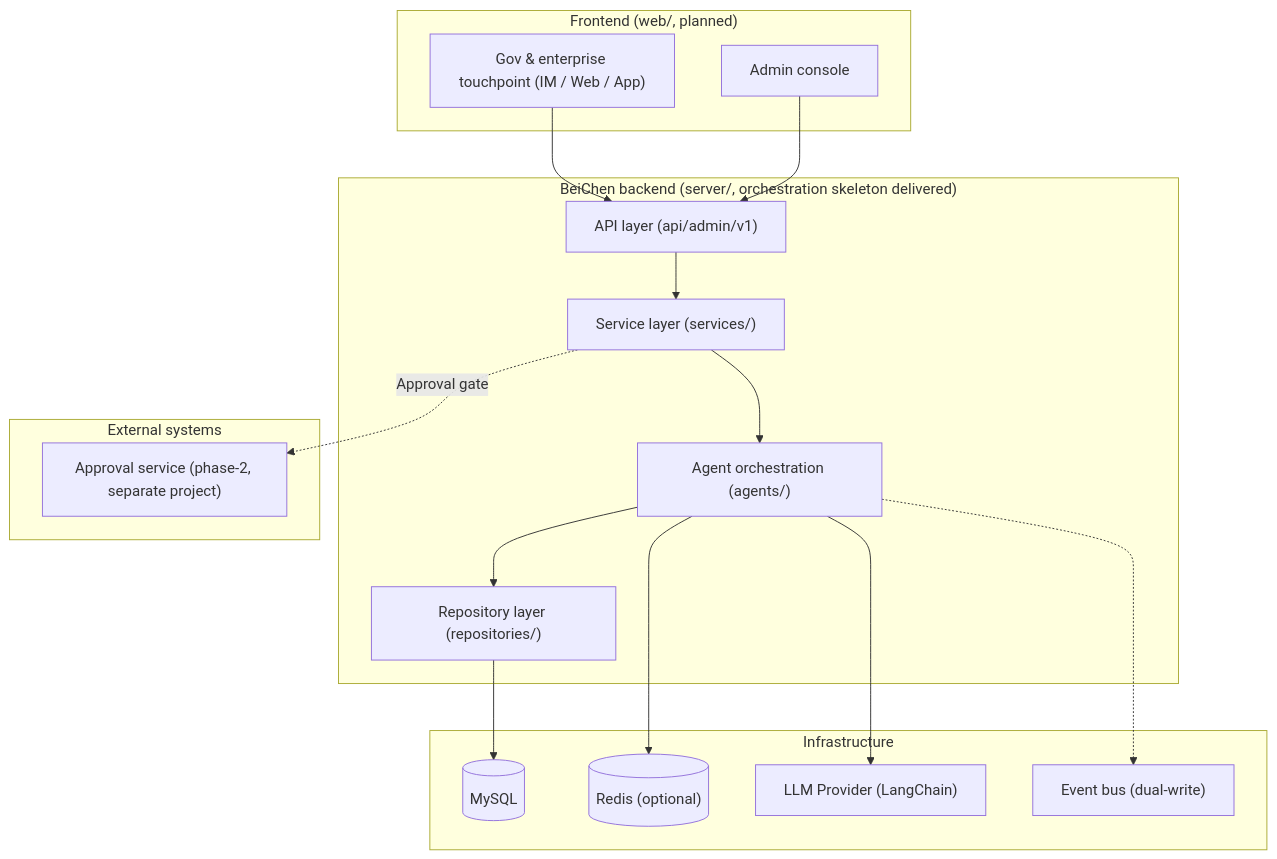
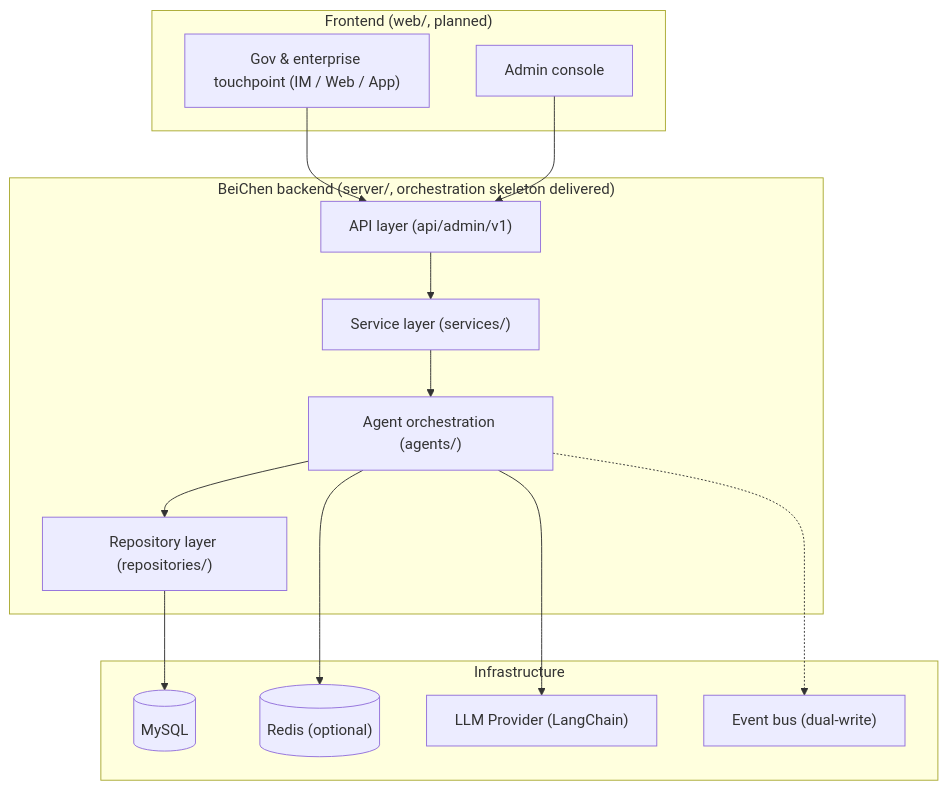
The first of 2 diagrams in README.en.md (chain-engine/x-BeiChen), drawn with Mermaid before and after one commit. The commit also changed other lines of this file and 20 other files, not shown here.

````diff
--- a/README.en.md
+++ b/README.en.md
@@ -80,36 +80,31 @@
 ```mermaid
 flowchart TB
     subgraph FE["Frontend (web/, planned)"]
         A1["Gov & enterprise touchpoint (IM / Web / App)"]
         A2["Admin console"]
     end
 
     subgraph BE["BeiChen backend (server/, orchestration skeleton delivered)"]
         B1["API layer (api/admin/v1)"]
         B2["Service layer (services/)"]
         B3["Agent orchestration (agents/)"]
         B4["Repository layer (repositories/)"]
     end
 
     subgraph INFRA["Infrastructure"]
         C1[("MySQL")]
         C2[("Redis (optional)")]
         C3["LLM Provider (LangChain)"]
         C4["Event bus (dual-write)"]
     end
 
-    subgraph EXT["External systems"]
-        D1["Approval service (phase-2, separate project)"]
-    end
-
     A1 --> B1
     A2 --> B1
     B1 --> B2
     B2 --> B3
     B3 --> B4
     B4 --> C1
     B3 --> C2
     B3 --> C3
     B3 -.-> C4
-    B2 -. Approval gate .-> D1
 ```
````
